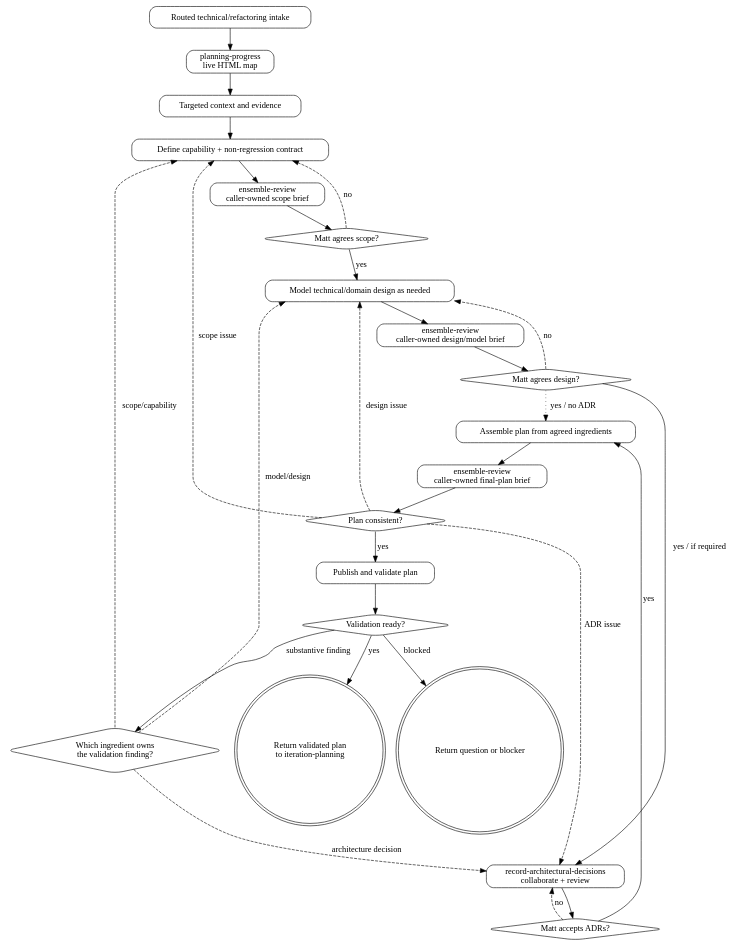
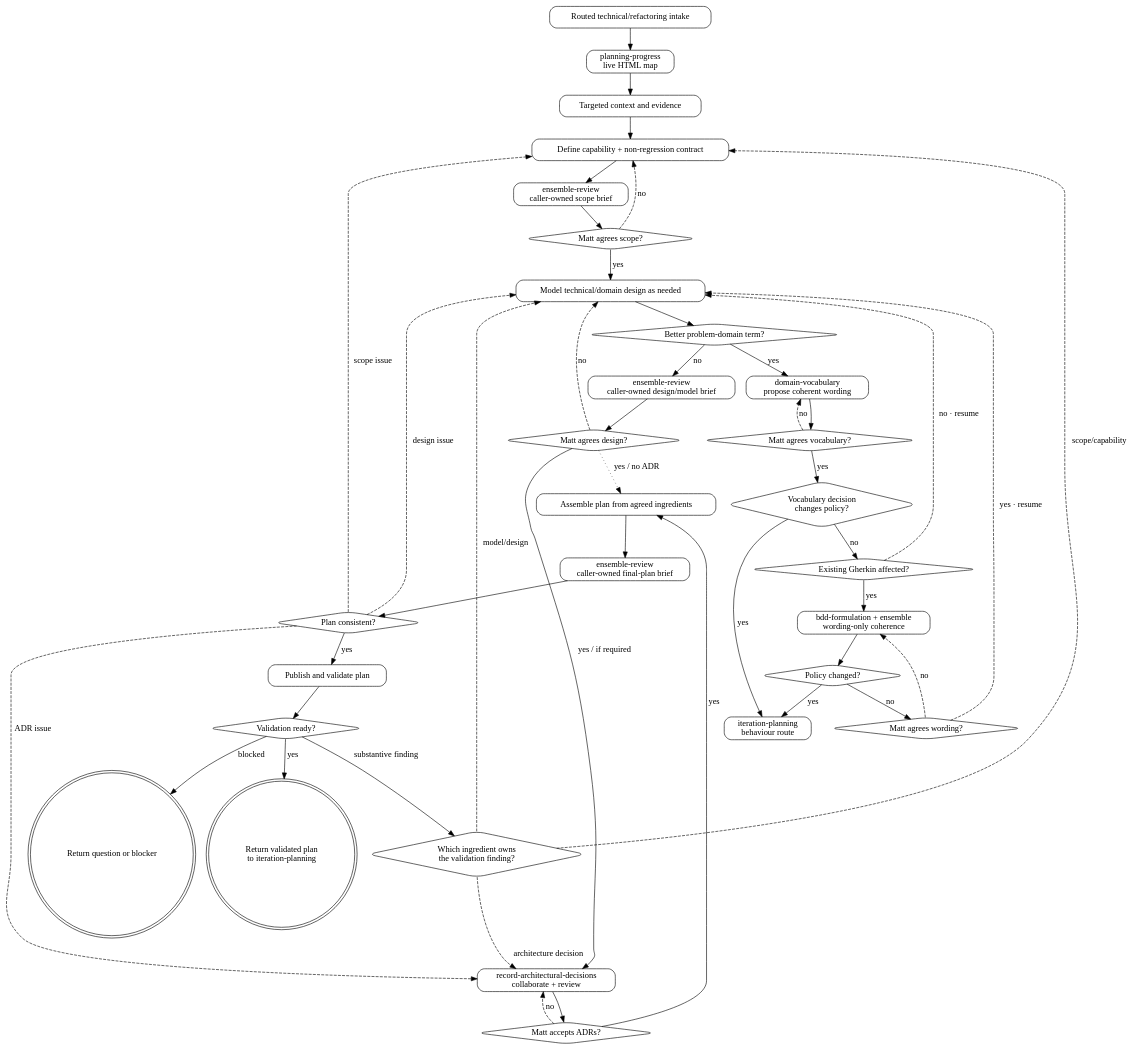
Before and after one commit to mattwynne/memba: the diagram in .pi/skills/technical-iteration-planning/SKILL.md, drawn with Graphviz. The commit also changed other lines of this file and 4 other files, not shown here.

Commit message:
Keep technical vocabulary coherent

````diff
--- a/.pi/skills/technical-iteration-planning/SKILL.md
+++ b/.pi/skills/technical-iteration-planning/SKILL.md
@@ -70,49 +79,73 @@
 ```dot
 digraph technical_iteration_planning {
   rankdir=TB;
   node [shape=box, style="rounded"];
 
   intake [label="Routed technical/refactoring intake"];
   progress [label="planning-progress\nlive HTML map"];
   context [label="Targeted context and evidence"];
   capability [label="Define capability + non-regression contract"];
   scope_review [label="ensemble-review\ncaller-owned scope brief"];
   scope [shape=diamond, label="Matt agrees scope?"];
   design [label="Model technical/domain design as needed"];
+  naming [shape=diamond, label="Better problem-domain term?"];
+  vocabulary [label="domain-vocabulary\npropose coherent wording"];
+  vocabulary_agreed [shape=diamond, label="Matt agrees vocabulary?"];
+  vocabulary_policy [shape=diamond, label="Vocabulary decision\nchanges policy?"];
+  gherkin_affected [shape=diamond, label="Existing Gherkin affected?"];
+  formulation [label="bdd-formulation + ensemble\nwording-only coherence"];
+  policy_changed [shape=diamond, label="Policy changed?"];
+  wording_agreed [shape=diamond, label="Matt agrees wording?"];
+  behaviour_route [label="iteration-planning\nbehaviour route"];
   design_review [label="ensemble-review\ncaller-owned design/model brief"];
   design_agreed [shape=diamond, label="Matt agrees design?"];
   adr [label="record-architectural-decisions\ncollaborate + review"];
   adr_accept [shape=diamond, label="Matt accepts ADRs?"];
   assemble [label="Assemble plan from agreed ingredients"];
   final_review [label="ensemble-review\ncaller-owned final-plan brief"];
   consistent [shape=diamond, label="Plan consistent?"];
   publish [label="Publish and validate plan"];
   validated [shape=diamond, label="Validation ready?"];
   validation_route [shape=diamond, label="Which ingredient owns\nthe validation finding?"];
   result [shape=doublecircle, label="Return validated plan\nto iteration-planning"];
   blocker [shape=doublecircle, label="Return question or blocker"];
 
   intake -> progress -> context -> capability -> scope_review -> scope;
   scope -> capability [label="no", style=dashed];
   scope -> design [label="yes"];
-  design -> design_review -> design_agreed;
+  design -> naming;
+  naming -> design_review [label="no"];
+  naming -> vocabulary [label="yes"];
+  vocabulary -> vocabulary_agreed;
+  vocabulary_agreed -> vocabulary [label="no", style=dashed];
+  vocabulary_agreed -> vocabulary_policy [label="yes"];
+  vocabulary_policy -> behaviour_route [label="yes"];
+  vocabulary_policy -> gherkin_affected [label="no"];
+  gherkin_affected -> design [label="no · resume", style=dashed];
+  gherkin_affected -> formulation [label="yes"];
+  formulation -> policy_changed;
+  policy_changed -> behaviour_route [label="yes"];
+  policy_changed -> wording_agreed [label="no"];
+  wording_agreed -> formulation [label="no", style=dashed];
+  wording_agreed -> design [label="yes · resume", style=dashed];
+  design_review -> design_agreed;
   design_agreed -> design [label="no", style=dashed];
   design_agreed -> adr [label="yes / if required"];
   adr -> adr_accept;
   adr_accept -> adr [label="no", style=dashed];
   adr_accept -> assemble [label="yes"];
   design_agreed -> assemble [label="yes / no ADR", style=dotted];
   assemble -> final_review -> consistent;
   consistent -> publish [label="yes"];
   consistent -> capability [label="scope issue", style=dashed];
   consistent -> design [label="design issue", style=dashed];
   consistent -> adr [label="ADR issue", style=dashed];
   publish -> validated;
   validated -> result [label="yes"];
   validated -> blocker [label="blocked"];
   validated -> validation_route [label="substantive finding"];
   validation_route -> capability [label="scope/capability", style=dashed];
   validation_route -> design [label="model/design", style=dashed];
   validation_route -> adr [label="architecture decision", style=dashed];
 }
 ```
````
